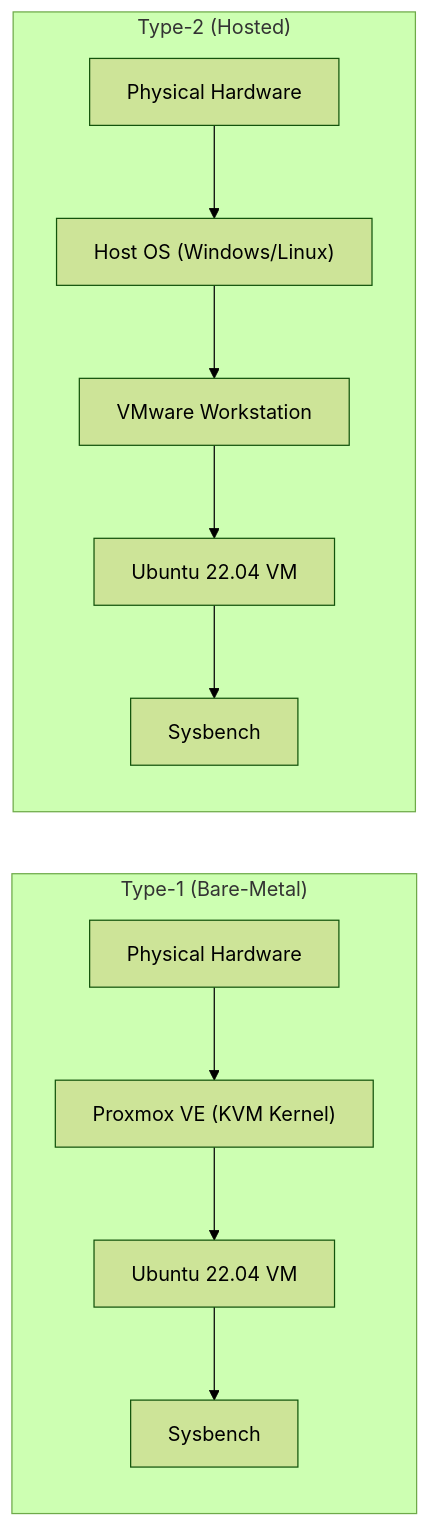
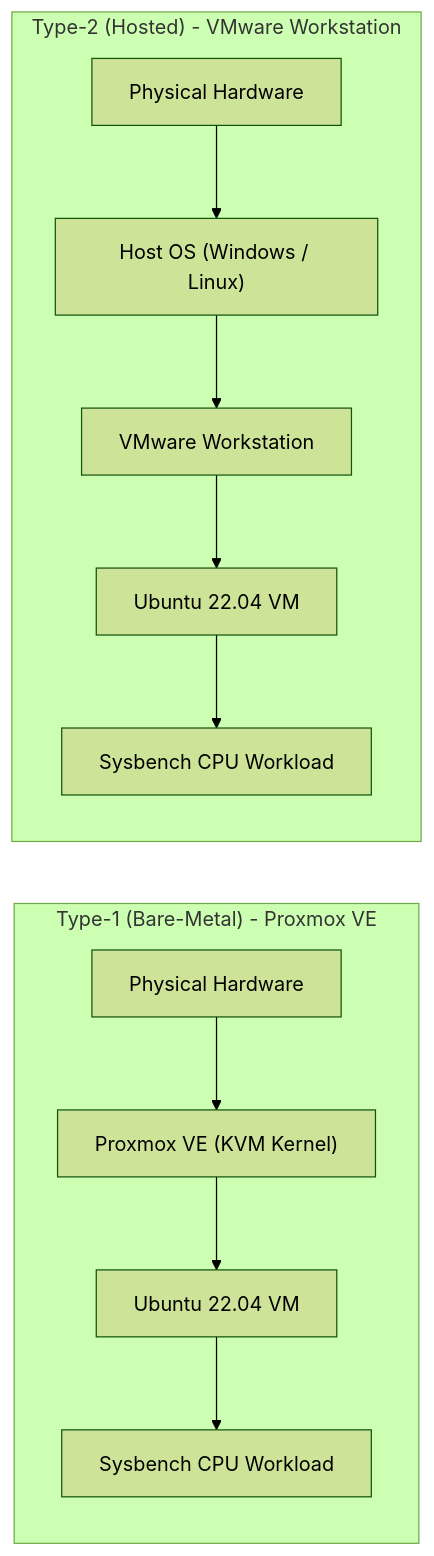
The diagram in README.md (ADITYAGAVIMATH/Hypervisor-Analysis), drawn with Mermaid (forest theme) before and after one commit. The commit also changed other lines of this file and 9 other files, not shown here.

Commit message:
docs: integrate Proxmox screenshots, populate benchmark metrics, and add comparative analysis chart

````diff
--- a/README.md
+++ b/README.md
@@ -17,12 +31,12 @@
 ```mermaid
 flowchart LR
-    subgraph T1["Type-1 (Bare-Metal)"]
+    subgraph T1["Type-1 (Bare-Metal) - Proxmox VE"]
         direction TB
-        H1["Physical Hardware"] --> P1["Proxmox VE (KVM Kernel)"] --> U1["Ubuntu 22.04 VM"] --> S1["Sysbench"]
+        H1["Physical Hardware"] --> P1["Proxmox VE (KVM Kernel)"] --> U1["Ubuntu 22.04 VM"] --> S1["Sysbench CPU Workload"]
     end
 
-    subgraph T2["Type-2 (Hosted)"]
+    subgraph T2["Type-2 (Hosted) - VMware Workstation"]
         direction TB
-        H2["Physical Hardware"] --> OS2["Host OS (Windows/Linux)"] --> V2["VMware Workstation"] --> U2["Ubuntu 22.04 VM"] --> S2["Sysbench"]
+        H2["Physical Hardware"] --> OS2["Host OS (Windows / Linux)"] --> V2["VMware Workstation"] --> U2["Ubuntu 22.04 VM"] --> S2["Sysbench CPU Workload"]
     end
 ```
````
